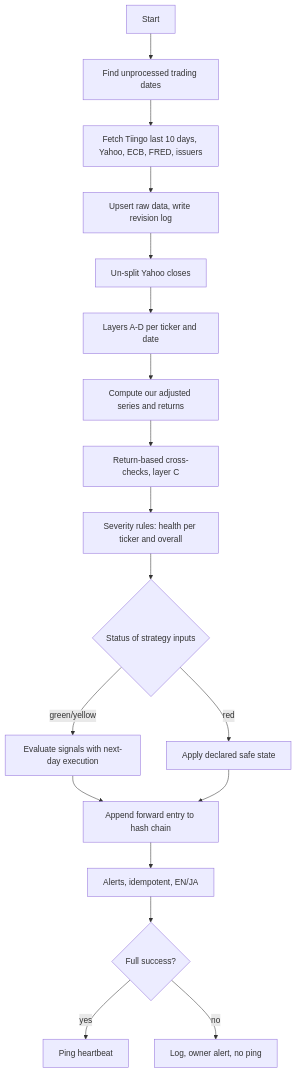
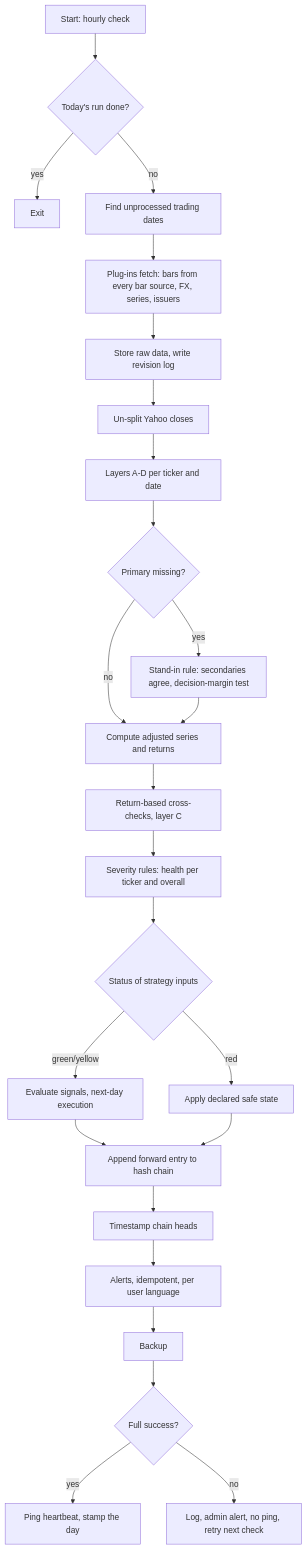
Before and after one commit to sp1aca9fa/saku: the second of 2 diagrams in docs/system-design.md, drawn with Mermaid. The commit also changed other lines of this file and 28 other files, not shown here.

````diff
--- a/docs/system-design.md
+++ b/docs/system-design.md
@@ -79,20 +80,27 @@
 ```mermaid
 flowchart TD
-  S[Start] --> C[Find unprocessed trading dates]
-  C --> F[Fetch Tiingo last 10 days, Yahoo, ECB, FRED, issuers]
-  F --> R[Upsert raw data, write revision log]
+  S[Start: hourly check] --> D{Today's run done?}
+  D -- yes --> X[Exit]
+  D -- no --> C[Find unprocessed trading dates]
+  C --> F[Plug-ins fetch: bars from every bar source, FX, series, issuers]
+  F --> R[Store raw data, write revision log]
   R --> U[Un-split Yahoo closes]
   U --> V[Layers A-D per ticker and date]
-  V --> A[Compute our adjusted series and returns]
+  V --> SI{Primary missing?}
+  SI -- yes --> ST[Stand-in rule: secondaries agree, decision-margin test]
+  SI -- no --> A
+  ST --> A[Compute adjusted series and returns]
   A --> V2[Return-based cross-checks, layer C]
   V2 --> HS[Severity rules: health per ticker and overall]
   HS --> E{Status of strategy inputs}
-  E -- green/yellow --> EV[Evaluate signals with next-day execution]
+  E -- green/yellow --> EV[Evaluate signals, next-day execution]
   E -- red --> SS[Apply declared safe state]
   EV --> FW[Append forward entry to hash chain]
   SS --> FW
-  FW --> N[Alerts, idempotent, EN/JA]
-  N --> HB{Full success?}
-  HB -- yes --> P[Ping heartbeat]
-  HB -- no --> L[Log, owner alert, no ping]
+  FW --> TSA[Timestamp chain heads]
+  TSA --> N[Alerts, idempotent, per user language]
+  N --> B[Backup]
+  B --> HB{Full success?}
+  HB -- yes --> P[Ping heartbeat, stamp the day]
+  HB -- no --> L[Log, admin alert, no ping, retry next check]
 ```
````
